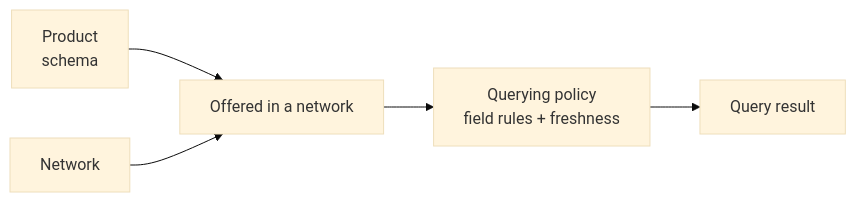
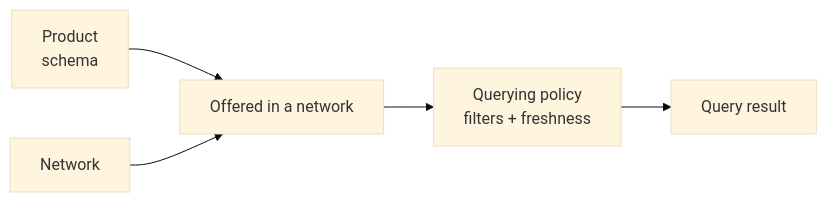
The diagram in api-overview/querying/products.mdx (solo-finance/docs), drawn with Mermaid (base theme) before and after one commit. The commit also changed other lines of this file and 190 other files, not shown here.

````diff
--- a/api-overview/querying/products.mdx
+++ b/api-overview/querying/products.mdx
@@ -77,7 +83,7 @@
 ```mermaid
 flowchart LR
     Prod[Product<br/>schema] --> NP[Offered in a network]
     Net[Network] --> NP
-    NP --> Pol[Querying policy<br/>field rules + freshness]
+    NP --> Pol[Querying policy<br/>filters + freshness]
     Pol --> Q[Query result]
 ```
````
